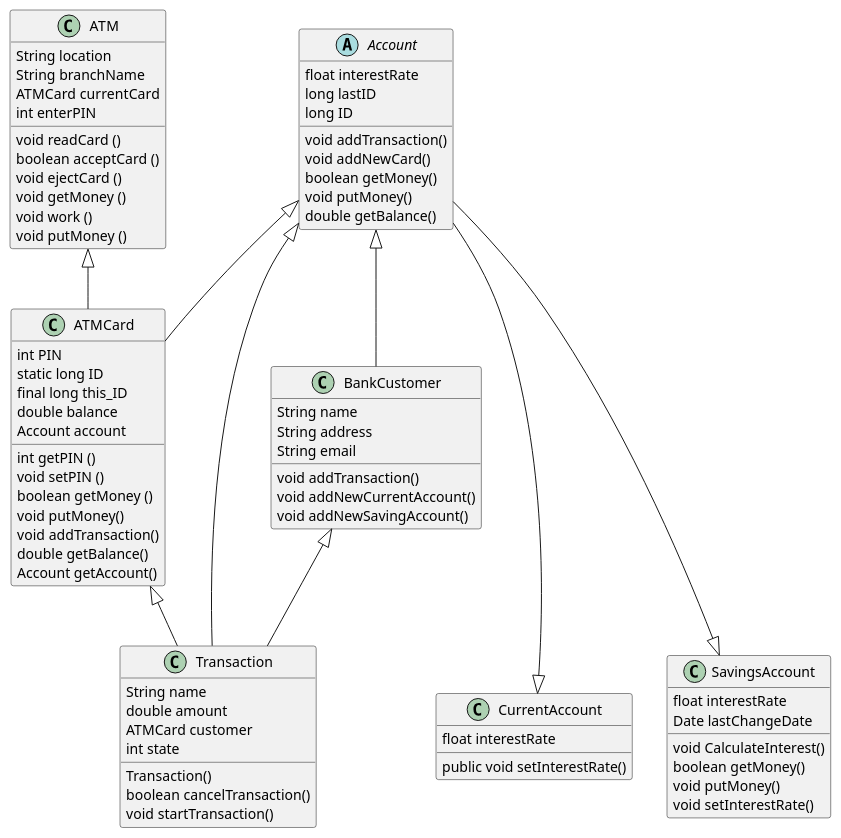
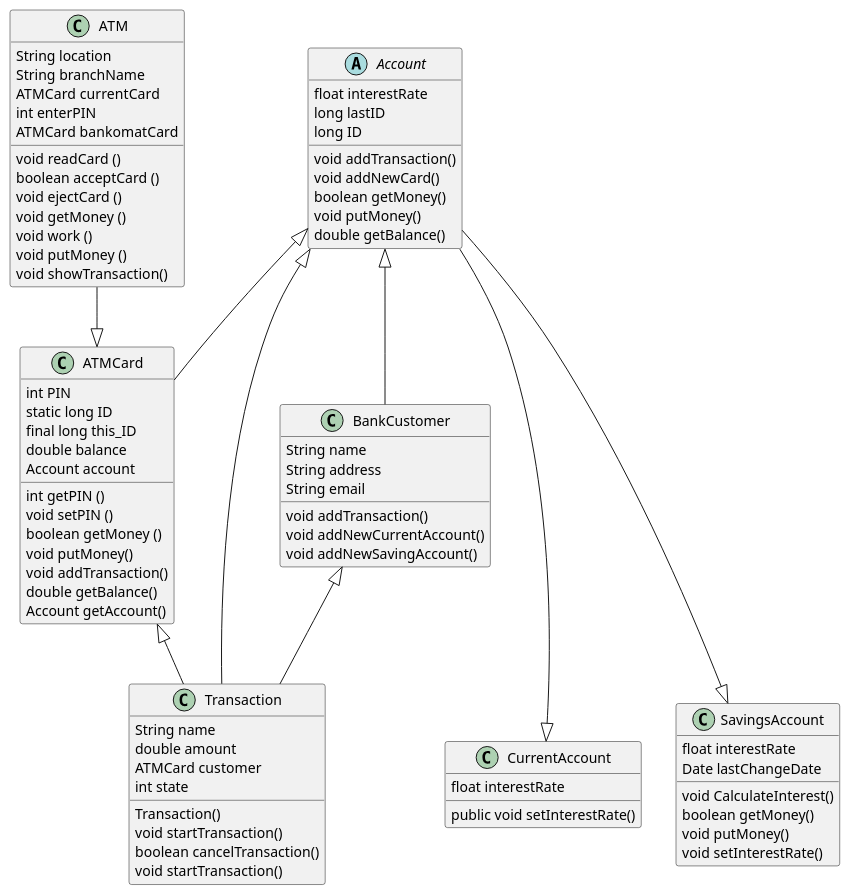
Before and after one commit to Sadaulich/pnipuEducation: the diagram in LabaClass/asd.puml, drawn with PlantUML. The commit also changed 12 other files, not shown here.

```diff
--- a/LabaClass/asd.puml
+++ b/LabaClass/asd.puml
@@ -1,89 +1,92 @@
 @startuml
 
 
 abstract class Account {
 float interestRate
 long lastID
 long ID
 
 void addTransaction()
 void addNewCard()
 boolean getMoney()
 void putMoney()
 double getBalance()
 }
 
 class ATM {
 String location
 String branchName
 ATMCard currentCard
 int enterPIN
+ATMCard bankomatCard
 
 void readCard ()
 boolean acceptCard ()
 void ejectCard ()
 void getMoney ()
 void work ()
 void putMoney ()
+void showTransaction()
 }
 
 class ATMCard {
 int PIN
 static long ID
 final long this_ID
 double balance
 Account account
 
 int getPIN ()
 void setPIN ()
 boolean getMoney ()
 void putMoney()
 void addTransaction()
 double getBalance()
 Account getAccount()
 }
 class Transaction {
 String name
 double amount
 ATMCard customer
 int state
 
 Transaction()
+void startTransaction()
 boolean cancelTransaction()
 void startTransaction()
 
 }
 class BankCustomer {
 String name
 String address
 String email
 
 void addTransaction()
 void addNewCurrentAccount()
 void addNewSavingAccount()
 }
 class CurrentAccount {
 float interestRate
 
 public void setInterestRate()
 }
 class SavingsAccount {
 float interestRate
 Date lastChangeDate
 
 void CalculateInterest()
 boolean getMoney()
 void putMoney()
 void setInterestRate()
 }
 
-ATM <|-- ATMCard
+ATM --|> ATMCard
 ATMCard <|-- Transaction
 Account <|-  ATMCard
 Account <|- Transaction
 Account <|-- BankCustomer
 Account ---|> SavingsAccount
 Account ---|> CurrentAccount
 BankCustomer <|-- Transaction
 
 @enduml
```
